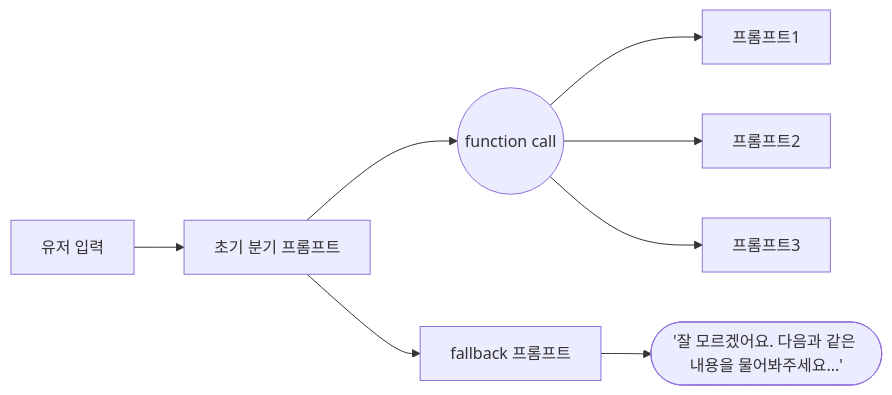
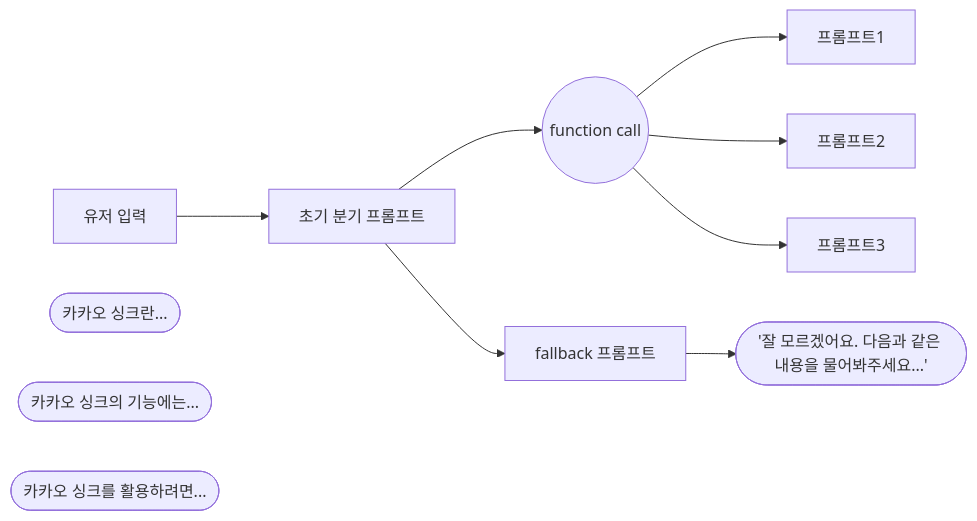
Before and after one commit to deflatedlatte/mermaid-test: the diagram in README.md, drawn with Mermaid.

Commit message:
aopifjewoapifhjawoepifh

````diff
--- a/README.md
+++ b/README.md
@@ -3,18 +3,21 @@
 ```mermaid
     flowchart LR
         id1["유저 입력"]
         id2["초기 분기 프롬프트"]
         id8(("function call"))
         id3["프롬프트1"]
         id4["프롬프트2"]
         id5["프롬프트3"]
+        id9(["카카오 싱크란..."])
+        id10(["카카오 싱크의 기능에는..."])
+        id11(["카카오 싱크를 활용하려면..."])
         id6["fallback 프롬프트"]
         id7(["'잘 모르겠어요. 다음과 같은 내용을 물어봐주세요...'"])
         id1 --> id2
         id2 --> id8
         id8 --> id3
         id8 --> id4
         id8 --> id5
         id2 --> id6
         id6 --> id7
 ```
````
